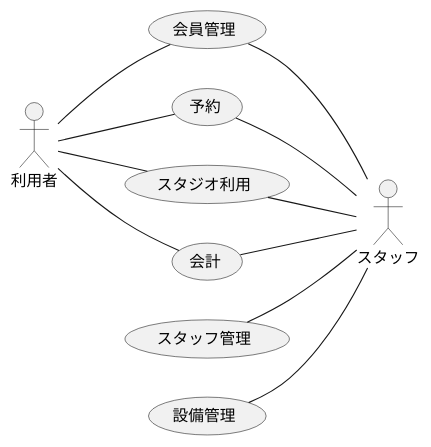
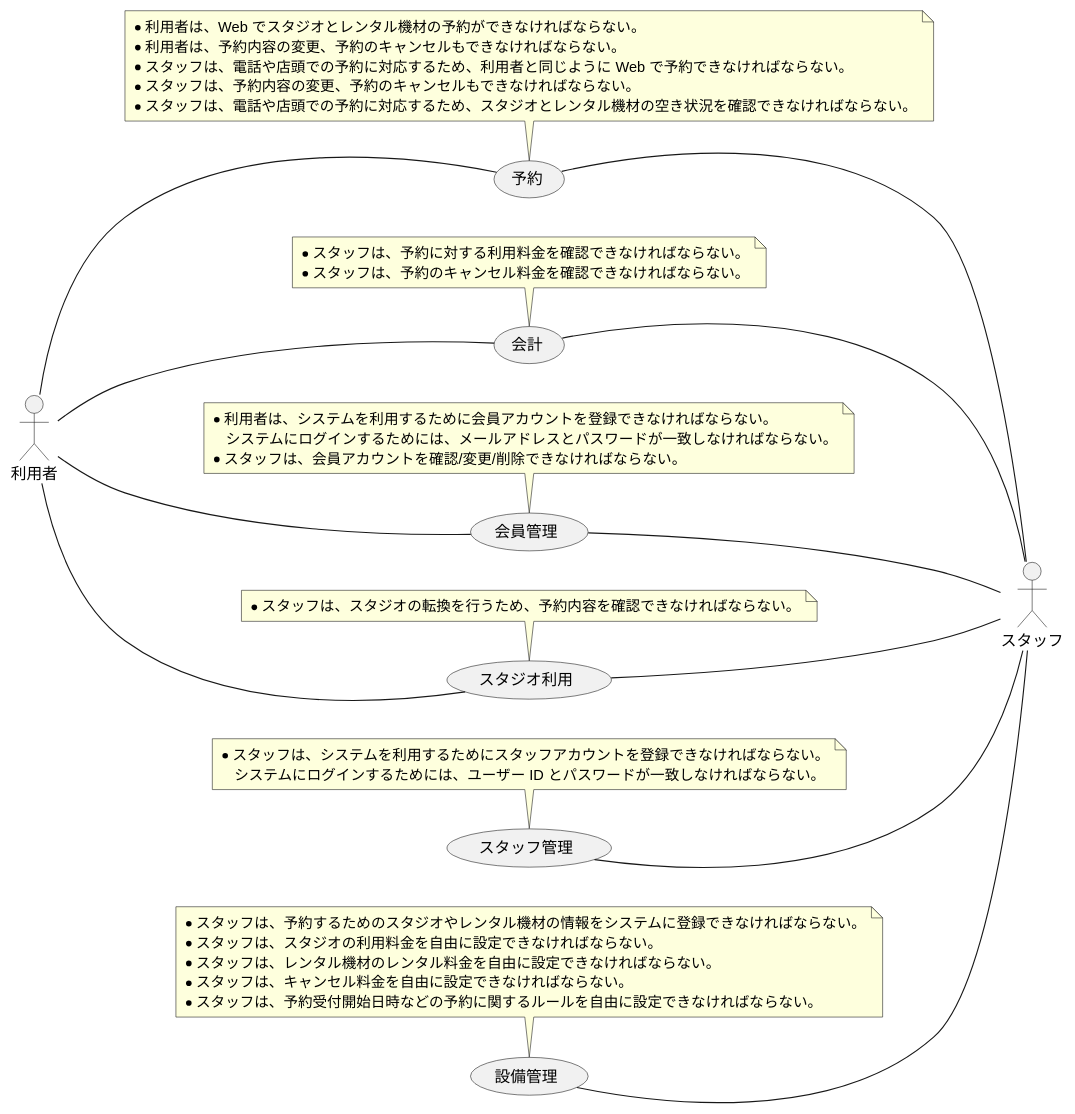
The diagram in modeling/BusinessContext.pu (TakashiOnawa/ddd-practice-studio-reservation), drawn with PlantUML before and after one commit. The commit also changed 4 other files, not shown here.

```diff
--- a/modeling/BusinessContext.pu
+++ b/modeling/BusinessContext.pu
@@ -1,23 +1,59 @@
 @startuml BusinessContext
 
 left to right direction
 
 actor 利用者
 actor スタッフ
-
-利用者 -- (会員管理)
-(会員管理) -- スタッフ
 
 利用者 -- (予約)
 (予約) -- スタッフ
 
 利用者 -- (スタジオ利用)
 (スタジオ利用) -- スタッフ
 
 利用者 -- (会計)
 (会計) -- スタッフ
 
+利用者 -- (会員管理)
+(会員管理) -- スタッフ
+
 (スタッフ管理) -- スタッフ
 (設備管理) -- スタッフ
 
+note top of (予約)
+* 利用者は、Web でスタジオとレンタル機材の予約ができなければならない。
+* 利用者は、予約内容の変更、予約のキャンセルもできなければならない。
+* スタッフは、電話や店頭での予約に対応するため、利用者と同じように Web で予約できなければならない。
+* スタッフは、予約内容の変更、予約のキャンセルもできなければならない。
+* スタッフは、電話や店頭での予約に対応するため、スタジオとレンタル機材の空き状況を確認できなければならない。
+end note
+
+note top of (スタジオ利用)
+* スタッフは、スタジオの転換を行うため、予約内容を確認できなければならない。
+end note
+
+note top of (会計)
+* スタッフは、予約に対する利用料金を確認できなければならない。
+* スタッフは、予約のキャンセル料金を確認できなければならない。
+end note
+
+note top of (会員管理)
+* 利用者は、システムを利用するために会員アカウントを登録できなければならない。
+    システムにログインするためには、メールアドレスとパスワードが一致しなければならない。
+* スタッフは、会員アカウントを確認/変更/削除できなければならない。
+end note
+
+note top of (スタッフ管理)
+* スタッフは、システムを利用するためにスタッフアカウントを登録できなければならない。
+    システムにログインするためには、ユーザー ID とパスワードが一致しなければならない。
+end note
+
+note top of (設備管理)
+* スタッフは、予約するためのスタジオやレンタル機材の情報をシステムに登録できなければならない。
+* スタッフは、スタジオの利用料金を自由に設定できなければならない。
+* スタッフは、レンタル機材のレンタル料金を自由に設定できなければならない。
+* スタッフは、キャンセル料金を自由に設定できなければならない。
+* スタッフは、予約受付開始日時などの予約に関するルールを自由に設定できなければならない。
+end note
+
 @enduml
```
